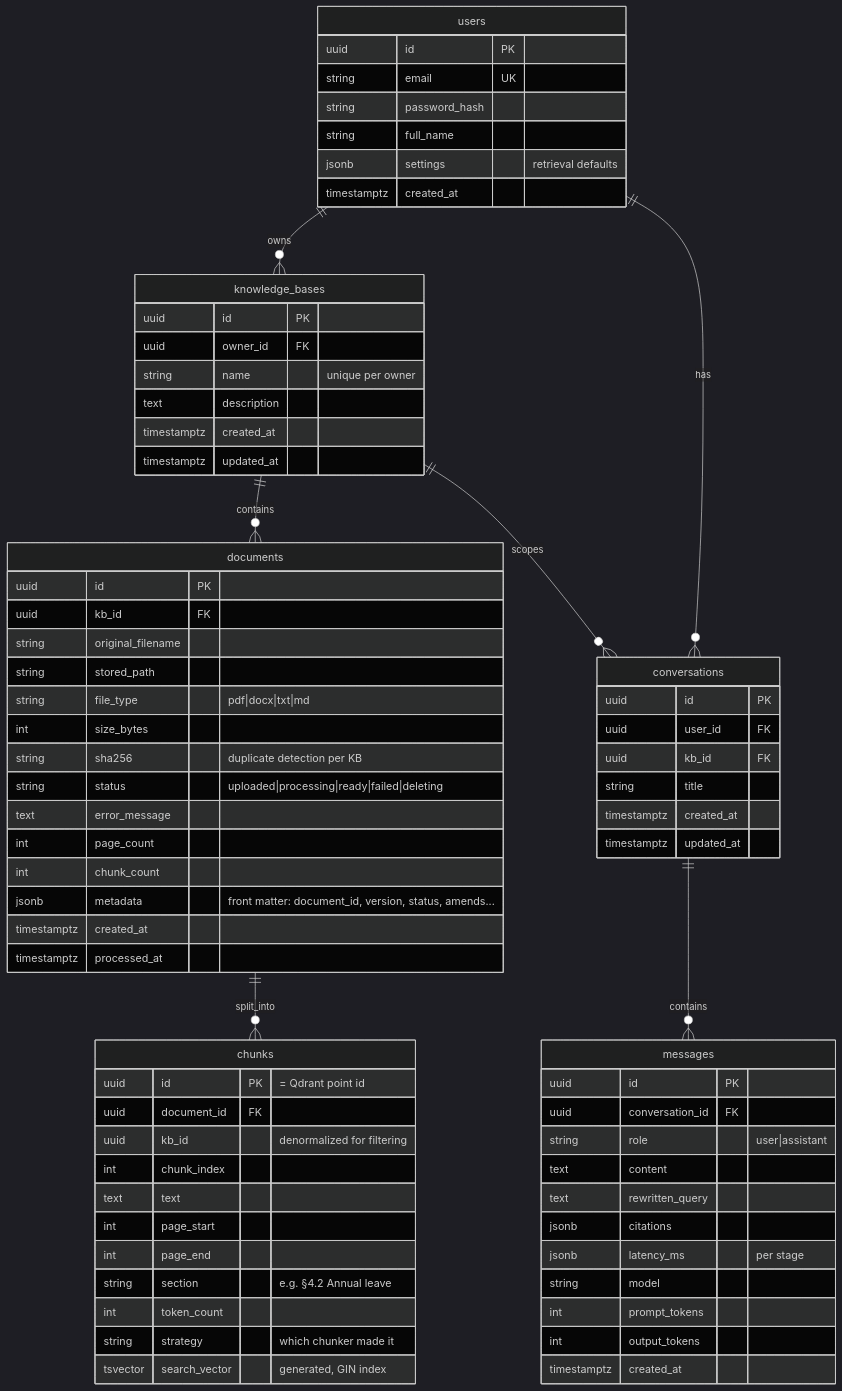
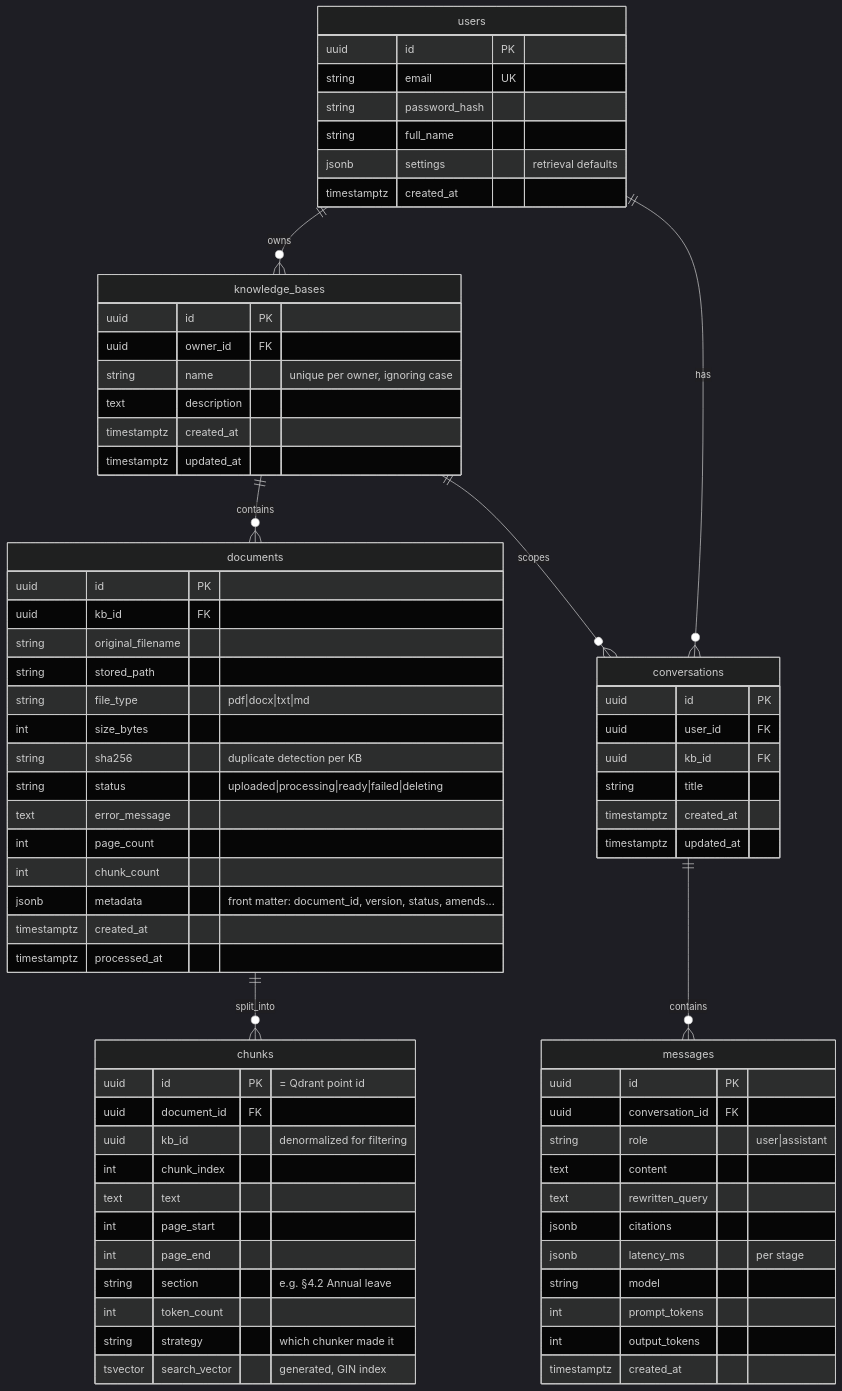
The fourth of 4 diagrams in ARCHITECTURE.md (piccolo3528/enterprise_ai), drawn with Mermaid (dark theme) before and after one commit. The commit also changed other lines of this file and 30 other files, not shown here.

````diff
--- a/ARCHITECTURE.md
+++ b/ARCHITECTURE.md
@@ -592,76 +622,76 @@
 ```mermaid
 erDiagram
     users ||--o{ knowledge_bases : owns
     users ||--o{ conversations : has
     knowledge_bases ||--o{ documents : contains
     knowledge_bases ||--o{ conversations : scopes
     documents ||--o{ chunks : split_into
     conversations ||--o{ messages : contains
 
     users {
         uuid id PK
         string email UK
         string password_hash
         string full_name
         jsonb settings "retrieval defaults"
         timestamptz created_at
     }
     knowledge_bases {
         uuid id PK
         uuid owner_id FK
-        string name "unique per owner"
+        string name "unique per owner, ignoring case"
         text description
         timestamptz created_at
         timestamptz updated_at
     }
     documents {
         uuid id PK
         uuid kb_id FK
         string original_filename
         string stored_path
         string file_type "pdf|docx|txt|md"
         int size_bytes
         string sha256 "duplicate detection per KB"
         string status "uploaded|processing|ready|failed|deleting"
         text error_message
         int page_count
         int chunk_count
         jsonb metadata "front matter: document_id, version, status, amends..."
         timestamptz created_at
         timestamptz processed_at
     }
     chunks {
         uuid id PK "= Qdrant point id"
         uuid document_id FK
         uuid kb_id "denormalized for filtering"
         int chunk_index
         text text
         int page_start
         int page_end
         string section "e.g. §4.2 Annual leave"
         int token_count
         string strategy "which chunker made it"
         tsvector search_vector "generated, GIN index"
     }
     conversations {
         uuid id PK
         uuid user_id FK
         uuid kb_id FK
         string title
         timestamptz created_at
         timestamptz updated_at
     }
     messages {
         uuid id PK
         uuid conversation_id FK
         string role "user|assistant"
         text content
         text rewritten_query
         jsonb citations
         jsonb latency_ms "per stage"
         string model
         int prompt_tokens
         int output_tokens
         timestamptz created_at
     }
 ```
````
